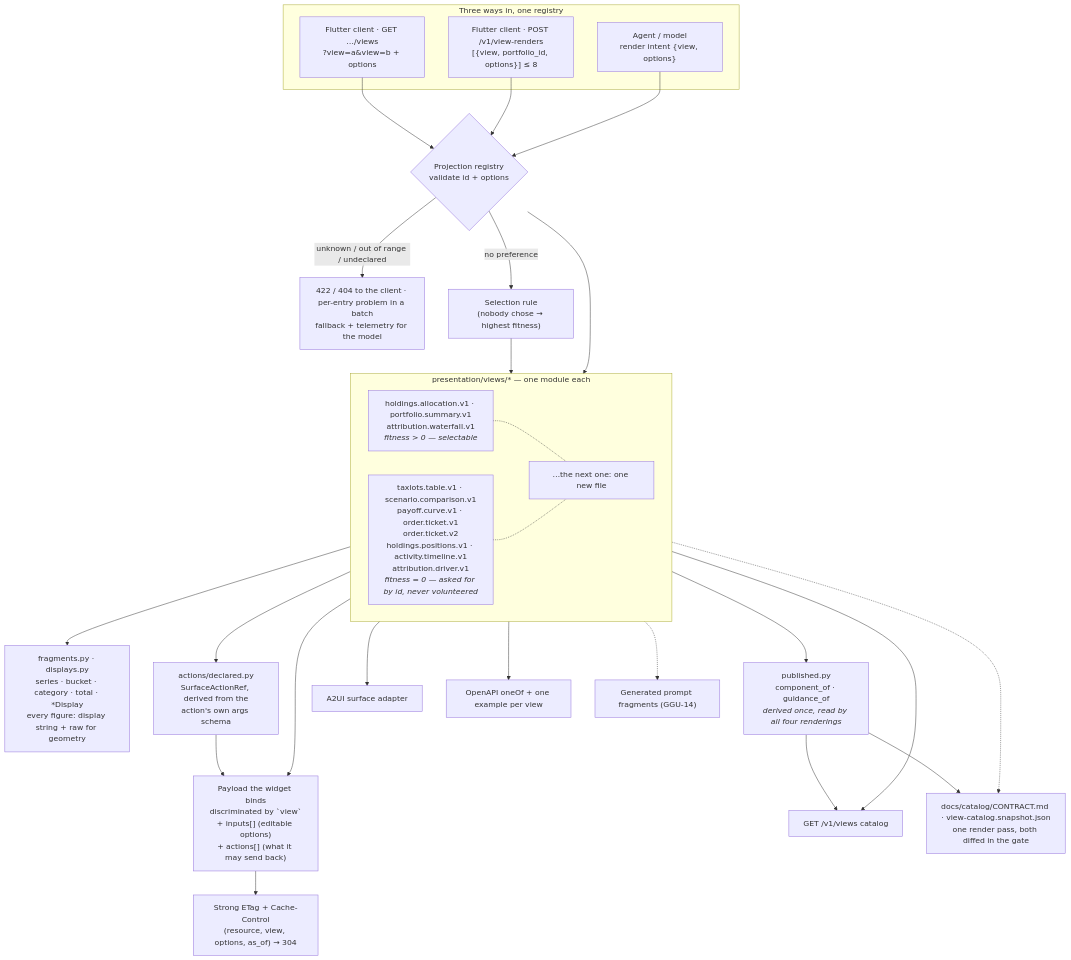
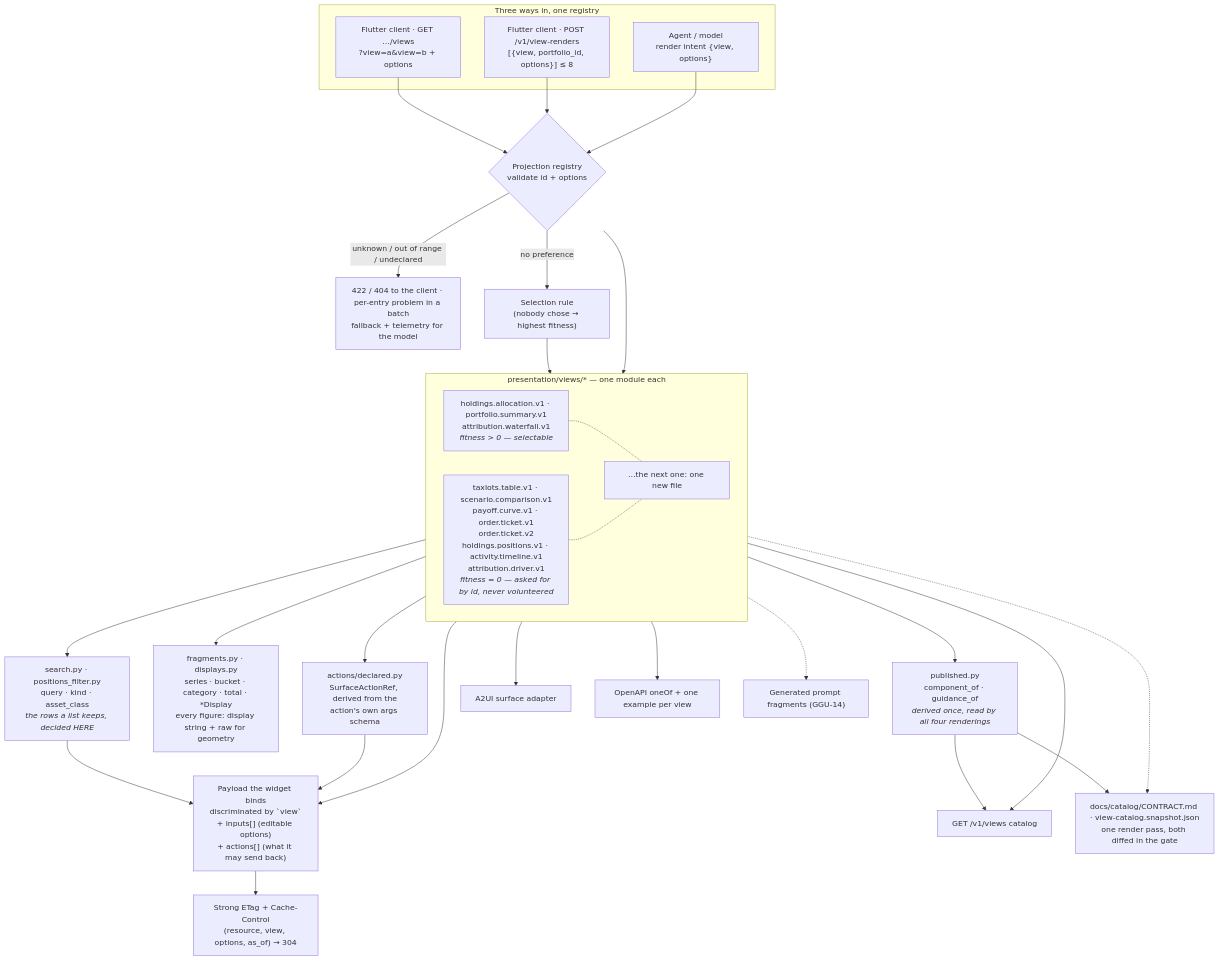
One commit to somnio-projects/finance-google-a2ui changed the diagram in docs/diagrams/06-response-shaping.md. Above: the diagram before and after it, drawn with Mermaid. The commit also changed other lines of this file and 94 other files, not shown here.

First line of the commit message:
feat(backend): the portfolio has an owner, and the tabs really filter

```diff
--- a/docs/diagrams/06-response-shaping.md
+++ b/docs/diagrams/06-response-shaping.md
@@ -19,6 +19,7 @@
         v2["taxlots.table.v1 · scenario.comparison.v1<br/>payoff.curve.v1 · order.ticket.v1<br/>order.ticket.v2<br/>holdings.positions.v1 · activity.timeline.v1<br/>attribution.driver.v1<br/><i>fitness = 0 — asked for by id, never volunteered</i>"]
         vn["…the next one: one new file"]
     end
+    filt["search.py · positions_filter.py<br/>query · kind · asset_class<br/><i>the rows a list keeps, decided HERE</i>"]
     frag["fragments.py · displays.py<br/>series · bucket · category · total · *Display<br/>every figure: display string + raw for geometry"]
     decl["actions/declared.py<br/>SurfaceActionRef, derived from the<br/>action's own args schema"]
     pub["published.py<br/>component_of · guidance_of<br/><i>derived once, read by all four renderings</i>"]
@@ -36,6 +37,7 @@
     reg -- "unknown / out of range / undeclared" --> rej
     reg -- "no preference" --> sel --> views
     reg --> views
+    views --> filt --> out
     views --> frag
     views --> decl --> out
     views --> out
@@ -60,6 +62,18 @@
     %% The batch is a RESOURCE, not an RPC call: POST creates it, 201 returns
     %% it inline, and EVERY entry carries its own status, so one bad view
     %% never sinks the others (ADR-K D-18).
+    %% A FILTER IS AN OPTION (spec 0035). `kind`, `asset_class` and the free
+    %% text `query` narrow the rows server-side; the client sends them as
+    %% query parameters and renders what comes back, in the order it came
+    %% (N-10). It must never filter a list it already holds — and note that
+    %% binding_rules_compute_test.dart needles .sort/.fold/.reduce but NOT
+    %% .where, so that one is the reviewer's, not the machine's.
+    %% A filter that keeps nothing answers 200 with an EMPTY list and the
+    %% projection's own `empty` sentence — never a 404, and never a sentence
+    %% the device composed (N-9).
+    %% What a filter does NOT touch is the header: holdings.positions.v1
+    %% keeps `total`, `gain` and every `weight` as facts about the WHOLE
+    %% portfolio while `positions` is narrowed (spec 0035 OD-4).
     %% The client's rejection is a 422/404; inside a batch it is that entry's
     %% problem document; the model's is a recorded fallback (ADR-K D-12).
     %% ETag covers the two GET reads only: a POST batch is not revalidated.
```
